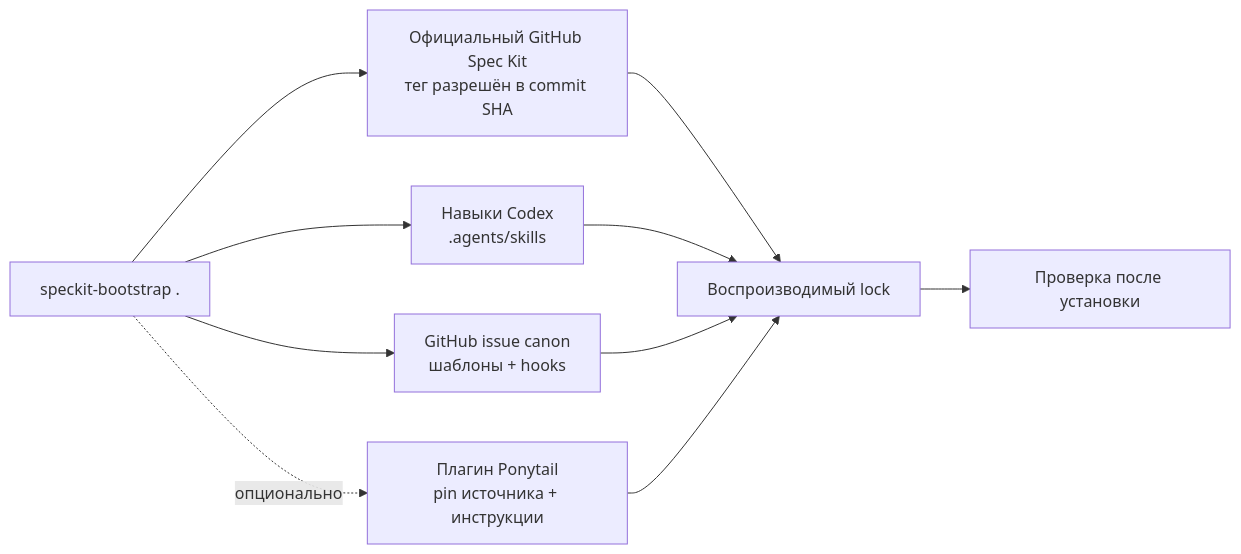
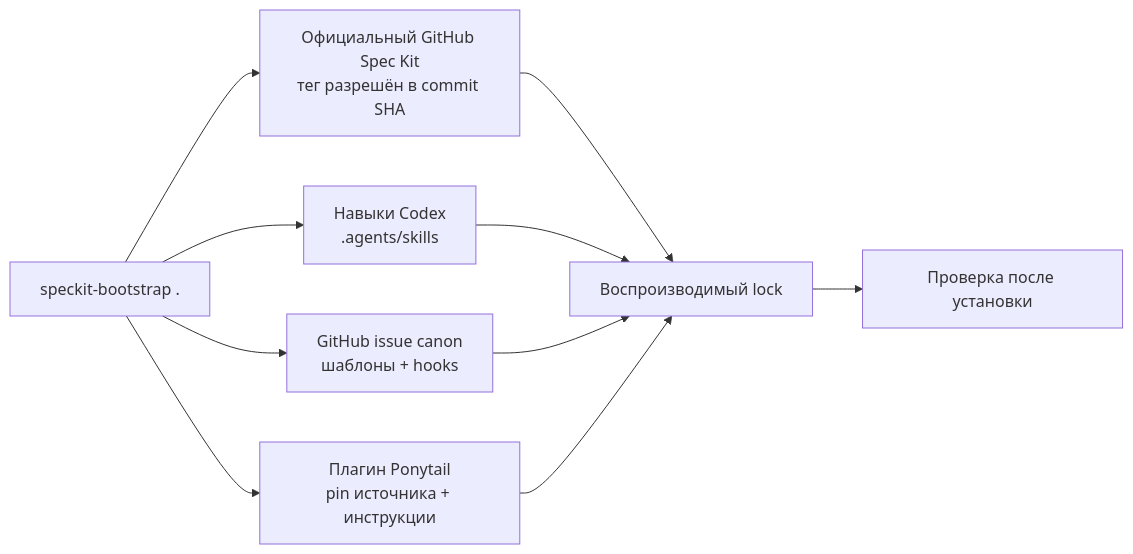
Before and after one commit to yshishenya/speckit-bootstrap: the diagram in README.ru.md, drawn with Mermaid. The commit also changed other lines of this file and 5 other files, not shown here.

````diff
--- a/README.ru.md
+++ b/README.ru.md
@@ -163,12 +164,12 @@
 ```mermaid
 flowchart LR
     A["speckit-bootstrap ."] --> B["Официальный GitHub Spec Kit<br/>тег разрешён в commit SHA"]
     A --> C["Навыки Codex<br/>.agents/skills"]
     A --> D["GitHub issue canon<br/>шаблоны + hooks"]
-    A -. опционально .-> E["Плагин Ponytail<br/>pin источника + инструкции"]
+    A --> E["Плагин Ponytail<br/>pin источника + инструкции"]
     B --> F["Воспроизводимый lock"]
     C --> F
     D --> F
     E --> F
     F --> G["Проверка после установки"]
 ```
````
